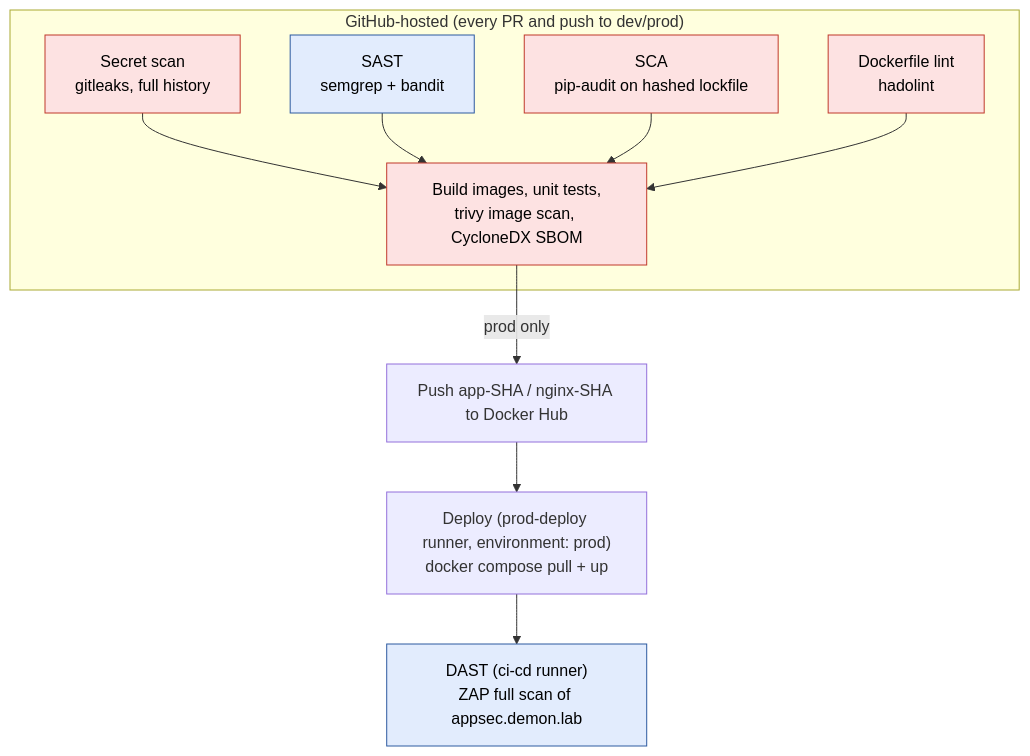
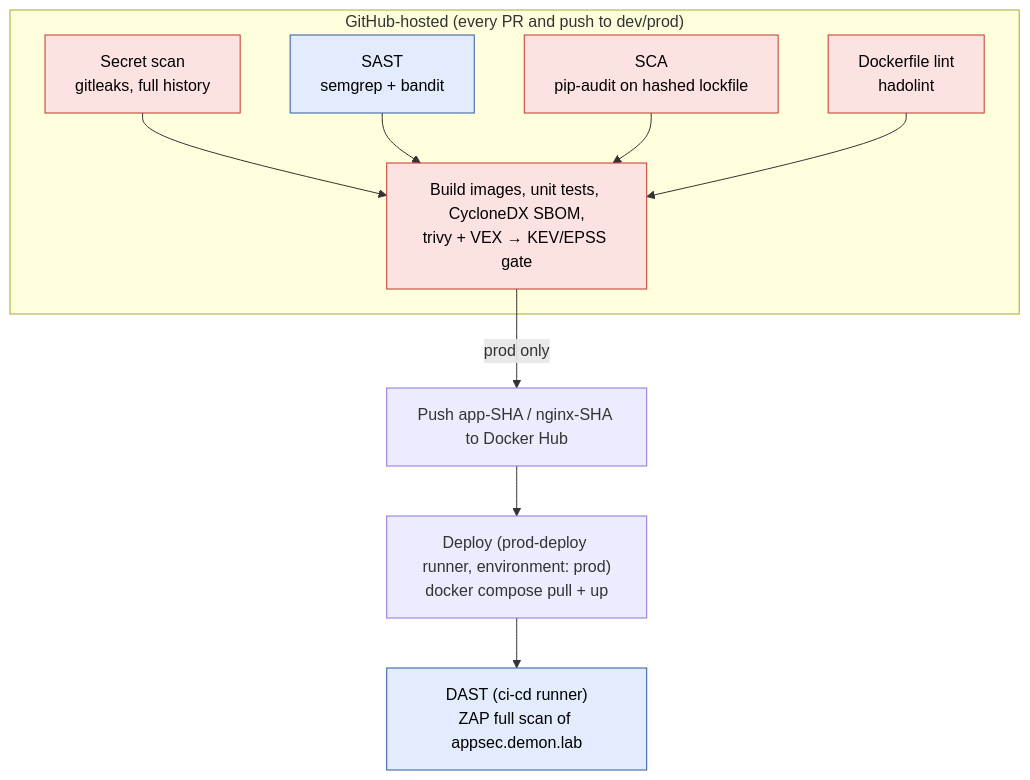
Before and after one commit to xs3curity/appsec-demon: the second of 2 diagrams in README.md, drawn with Mermaid. The commit also changed other lines of this file and 2 other files, not shown here.

First line of the commit message:
Gate image scans on KEV/EPSS risk with VEX applied

````diff
--- a/README.md
+++ b/README.md
@@ -26,17 +26,17 @@
 ```mermaid
 flowchart TD
     subgraph hosted["GitHub-hosted (every PR and push to dev/prod)"]
         secrets["Secret scan<br/>gitleaks, full history"]:::block
         sast["SAST<br/>semgrep + bandit"]:::report
         sca["SCA<br/>pip-audit on hashed lockfile"]:::block
         lint["Dockerfile lint<br/>hadolint"]:::block
-        build["Build images, unit tests,<br/>trivy image scan, CycloneDX SBOM"]:::block
+        build["Build images, unit tests, CycloneDX SBOM,<br/>trivy + VEX → KEV/EPSS gate"]:::block
         secrets & sast & sca & lint --> build
     end
     build -- "prod only" --> push["Push app-SHA / nginx-SHA to Docker Hub"]
     push --> deploy["Deploy (prod-deploy runner, environment: prod)<br/>docker compose pull + up"]
     deploy --> dast["DAST (ci-cd runner)<br/>ZAP full scan of appsec.demon.lab"]:::report
 
     classDef block fill:#fde2e2,stroke:#c0392b,color:#000
     classDef report fill:#e2ecfd,stroke:#2c5aa0,color:#000
 ```
````
